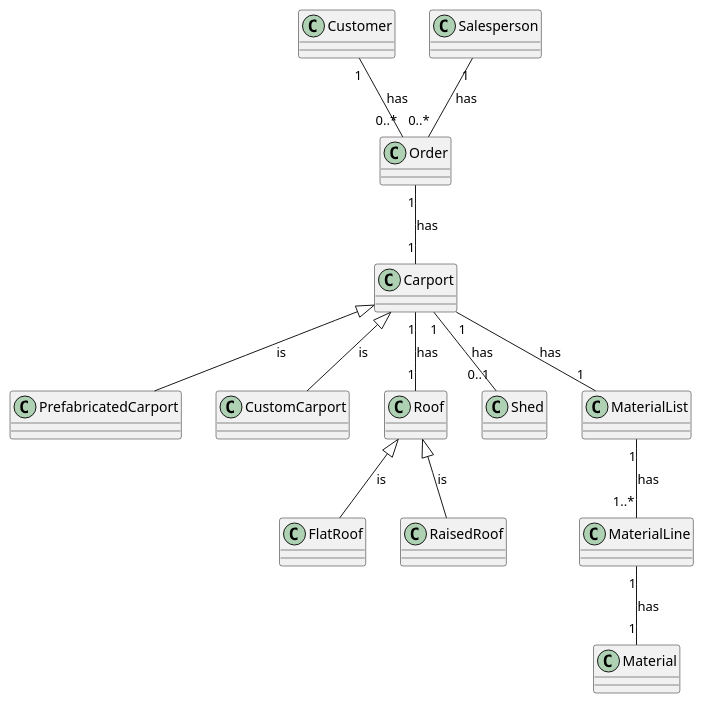
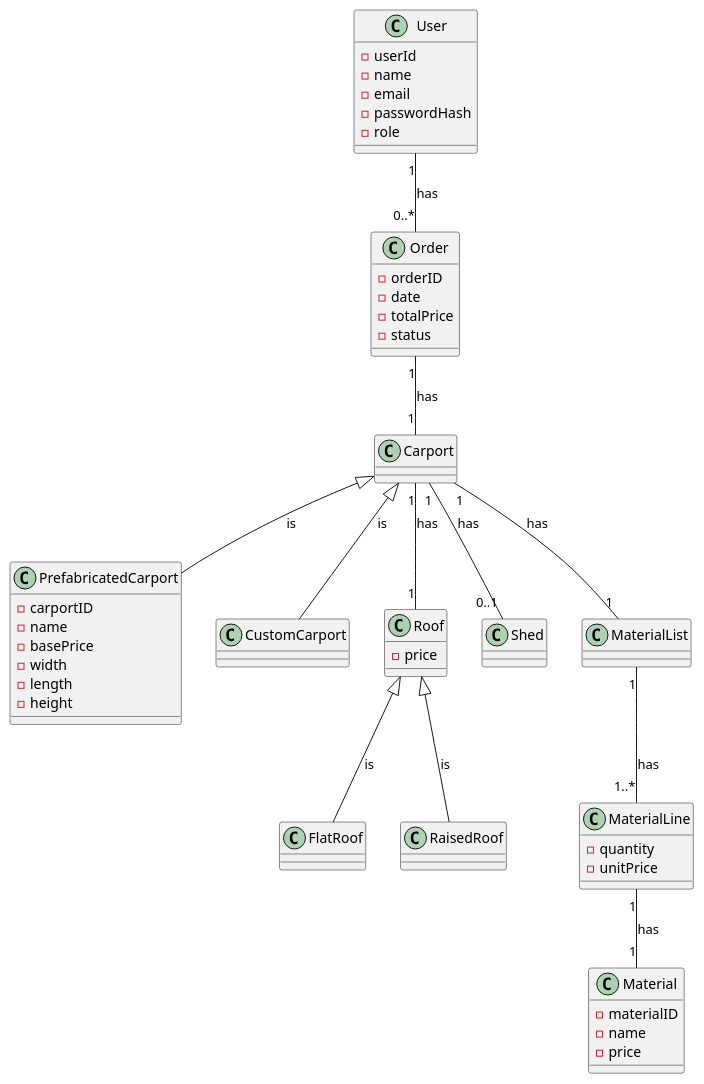
One commit to EmilOzel/Carport-FOG changed the diagram in src/main/resources/templates/DomainModel-Carport.puml. Above: the diagram before and after it, drawn with PlantUML.

```diff
--- a/src/main/resources/templates/DomainModel-Carport.puml
+++ b/src/main/resources/templates/DomainModel-Carport.puml
@@ -1,36 +1,73 @@
 @startuml
 
-class Customer
-class Salesperson
-class Order
+class User{
+- userId
+- name
+- email
+- passwordHash
+- role
+}
+class Order {
+- orderID
+- date
+- totalPrice
+- status
+}
 
-class Carport
-class PrefabricatedCarport
-class CustomCarport
+class Carport {
 
-class Roof
-class FlatRoof
-class RaisedRoof
+}
+class PrefabricatedCarport{
+- carportID
+- name
+- basePrice
+- width
+- length
+- height
+}
+class CustomCarport{
 
-class Shed
+}
 
-class MaterialList
-class MaterialLine
-class Material
+class Roof{
+- price
 
-Customer "1" -- "0..*" Order : has
-Salesperson "1" -- "0..*" Order : has
+}
+class FlatRoof{
+
+}
+class RaisedRoof{
+
+}
+
+class Shed{
+}
+
+class MaterialList{
+
+}
+class MaterialLine{
+- quantity
+- unitPrice
+}
+class Material{
+- materialID
+- name
+- price
+}
+
+User "1" -- "0..*" Order : has
 
 Order "1" -- "1" Carport : has
 Carport "1" -- "1" Roof : has
 Carport "1" -- "0..1" Shed : has
 Carport "1" -- "1" MaterialList : has
 MaterialList "1" -- "1..*" MaterialLine : has
 MaterialLine "1" -- "1" Material : has
 
 Carport <|-- PrefabricatedCarport : is
 Carport <|-- CustomCarport : is
 Roof <|-- FlatRoof : is
 Roof <|-- RaisedRoof : is
 
 @enduml
```
